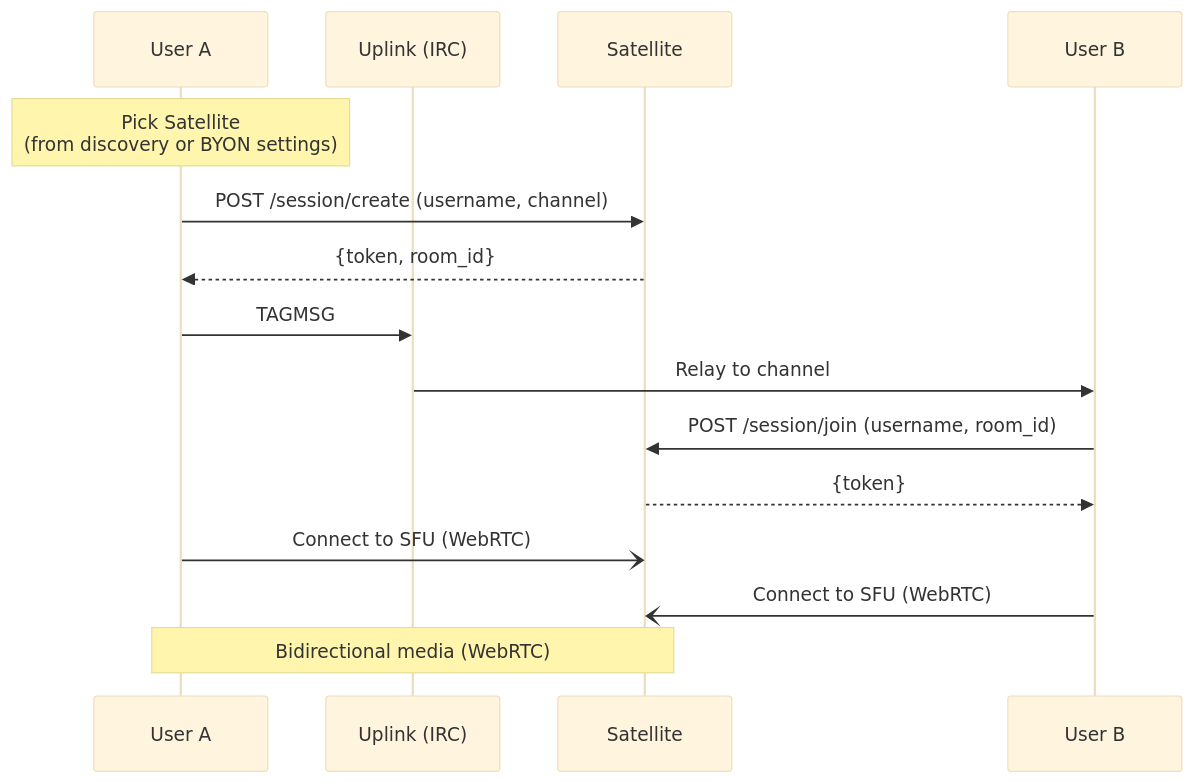
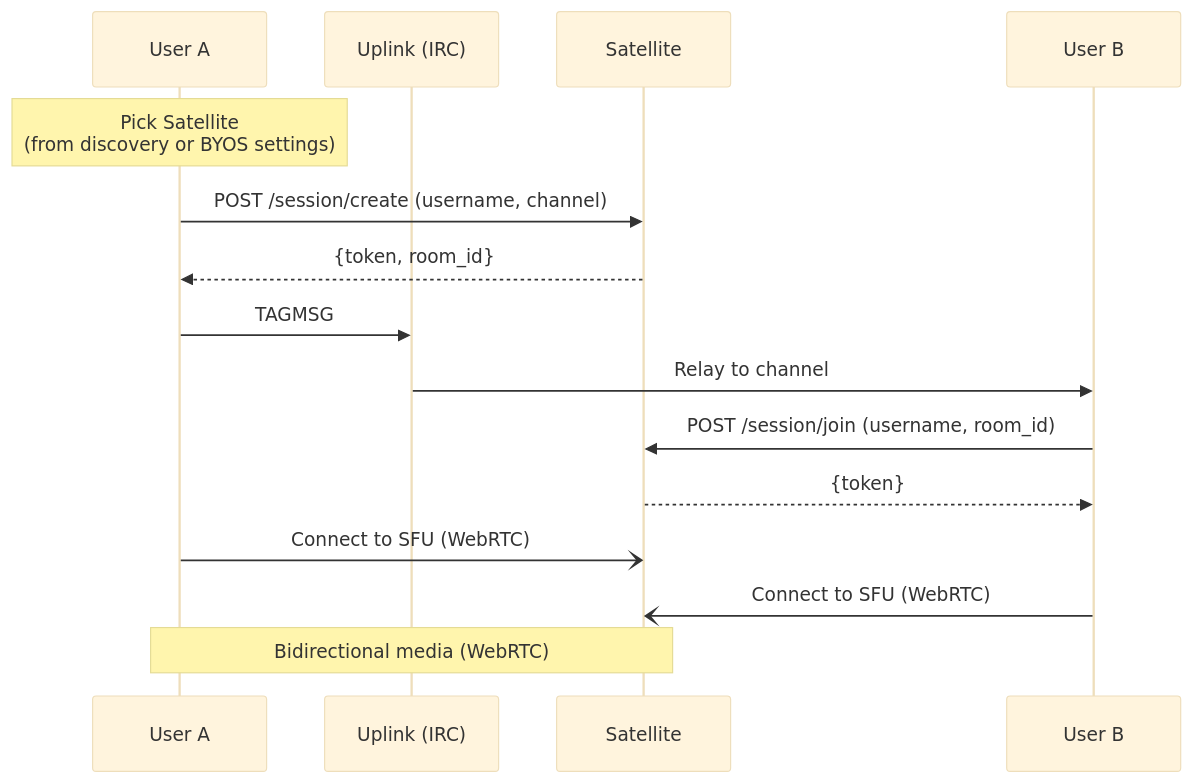
One commit to hivecom/orbit-spec changed the first of 2 diagrams in spec/02-components/02-satellite.md. Above: the diagram before and after it, drawn with Mermaid (base theme). The commit also changed other lines of this file and 15 other files, not shown here.

First line of the commit message:
Add FEATURES.md and rename BYON to BYOS

````diff
--- a/spec/02-components/02-satellite.md
+++ b/spec/02-components/02-satellite.md
@@ -103,22 +103,22 @@
 ```mermaid
 sequenceDiagram
     participant A as User A
     participant GC as Uplink (IRC)
     participant SAT as Satellite
     participant B as User B
 
-    note over A: Pick Satellite<br/>(from discovery or BYON settings)
+    note over A: Pick Satellite<br/>(from discovery or BYOS settings)
 
     A->>SAT: POST /session/create (username, channel)
     SAT-->>A: {token, room_id}
 
     A->>GC: TAGMSG #gaming/strategy +orbit/sat-invite=…
     GC->>B: Relay to channel
 
     B->>SAT: POST /session/join (username, room_id)
     SAT-->>B: {token}
 
     A-)SAT: Connect to SFU (WebRTC)
     B-)SAT: Connect to SFU (WebRTC)
     note over A,SAT: Bidirectional media (WebRTC)
 ```
````
